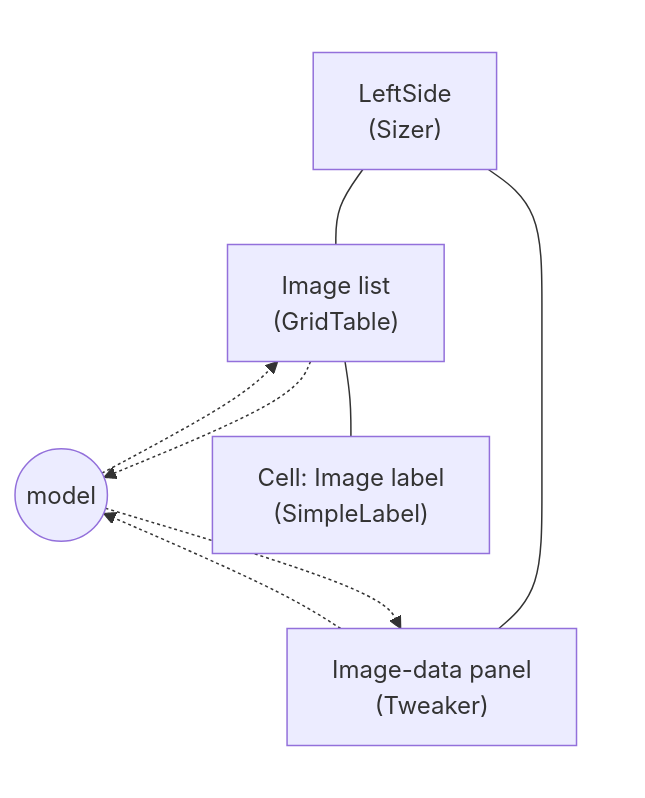
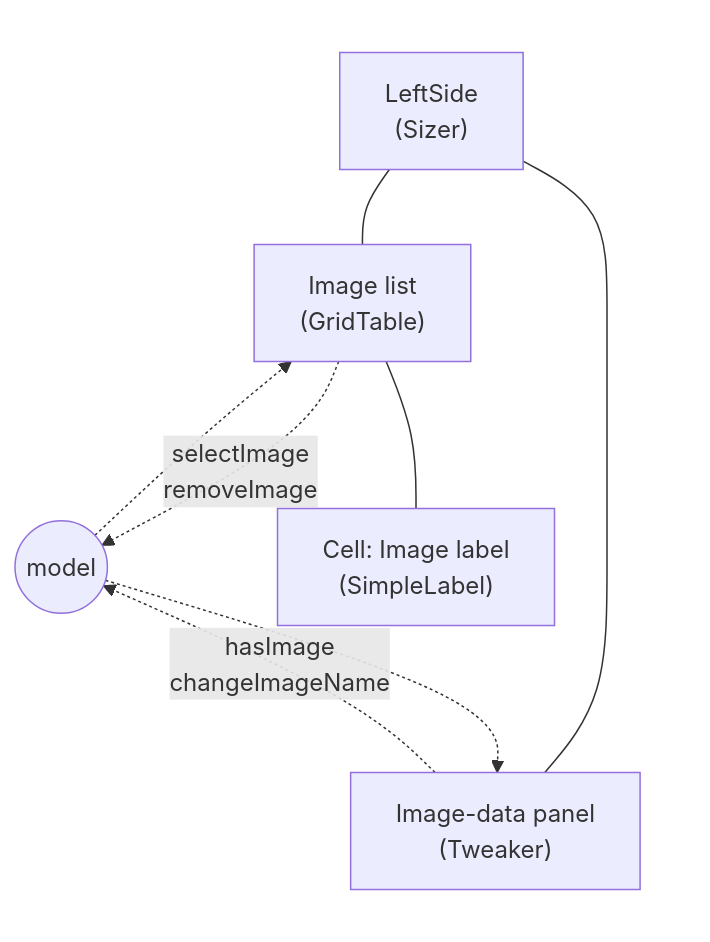
Before and after one commit to rexrainbow/phaser3-rex-playground: the second of 4 diagrams in projects/atlas-packer/readme.md, drawn with Mermaid. The commit also changed other lines of this file, not shown here.

````diff
--- a/projects/atlas-packer/readme.md
+++ b/projects/atlas-packer/readme.md
@@ -32,22 +32,22 @@
 ```mermaid
 graph TD
 
 subgraph ui
   LeftSidePanel["LeftSide<br>(Sizer)"]
   
   LeftSidePanel --- ImageList["Image list<br>(GridTable)"]
   ImageList --- ImageLabel["Cell: Image label<br>(SimpleLabel)"]
   LeftSidePanel --- ImageDataPanel["Image-data panel<br>(Tweaker)"]
 end
 
 style ui color:transparent
 style ui fill:transparent
 style ui stroke:transparent
 
 model((model))
 model -.-> ImageList
-ImageList -.-> model
+ImageList -.-> |selectImage<br>removeImage| model
 
-ImageDataPanel -.-> model
+ImageDataPanel -.-> |hasImage<br>changeImageName| model
 model -.-> ImageDataPanel
 ```
````
